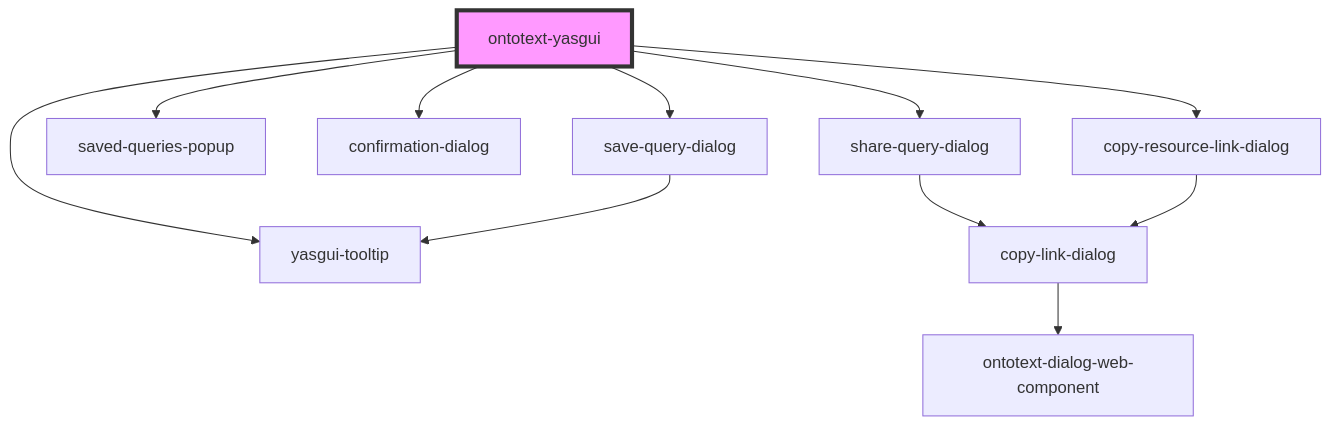
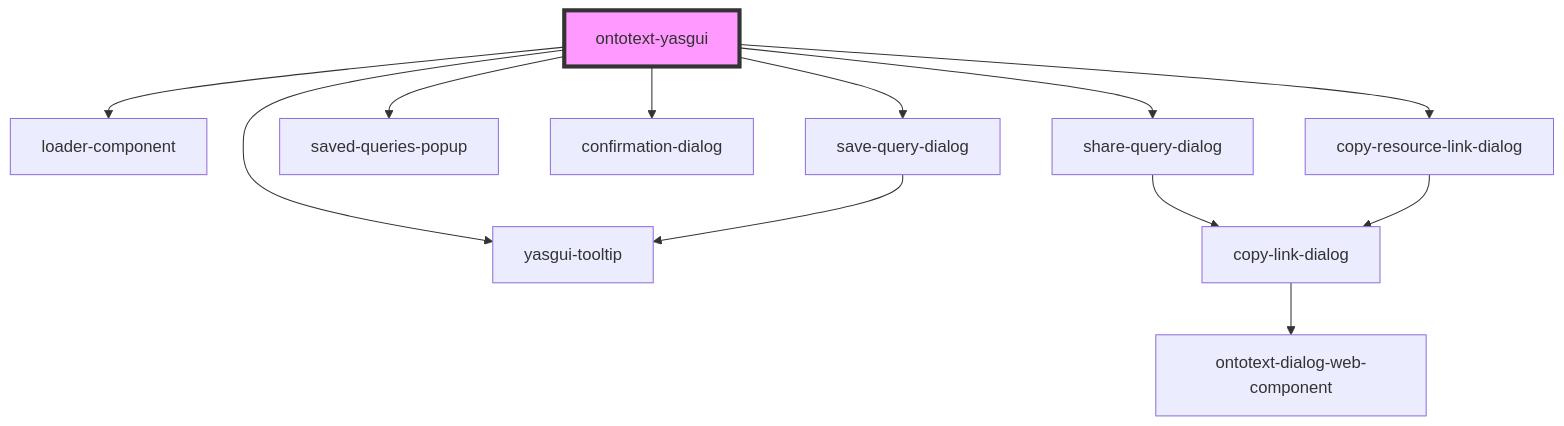
Before and after one commit to Ontotext-AD/ontotext-yasgui: the diagram in ontotext-yasgui-web-component/src/components/ontotext-yasgui-web-component/readme.md, drawn with Mermaid. The commit also changed other lines of this file and 22 other files, not shown here.

````diff
--- a/ontotext-yasgui-web-component/src/components/ontotext-yasgui-web-component/readme.md
+++ b/ontotext-yasgui-web-component/src/components/ontotext-yasgui-web-component/readme.md
@@ -206,14 +207,15 @@
 ```mermaid
 graph TD;
   ontotext-yasgui --> yasgui-tooltip
+  ontotext-yasgui --> loader-component
   ontotext-yasgui --> save-query-dialog
   ontotext-yasgui --> saved-queries-popup
   ontotext-yasgui --> confirmation-dialog
   ontotext-yasgui --> share-query-dialog
   ontotext-yasgui --> copy-resource-link-dialog
   save-query-dialog --> yasgui-tooltip
   share-query-dialog --> copy-link-dialog
   copy-link-dialog --> ontotext-dialog-web-component
   copy-resource-link-dialog --> copy-link-dialog
   style ontotext-yasgui fill:#f9f,stroke:#333,stroke-width:4px
 ```
````
